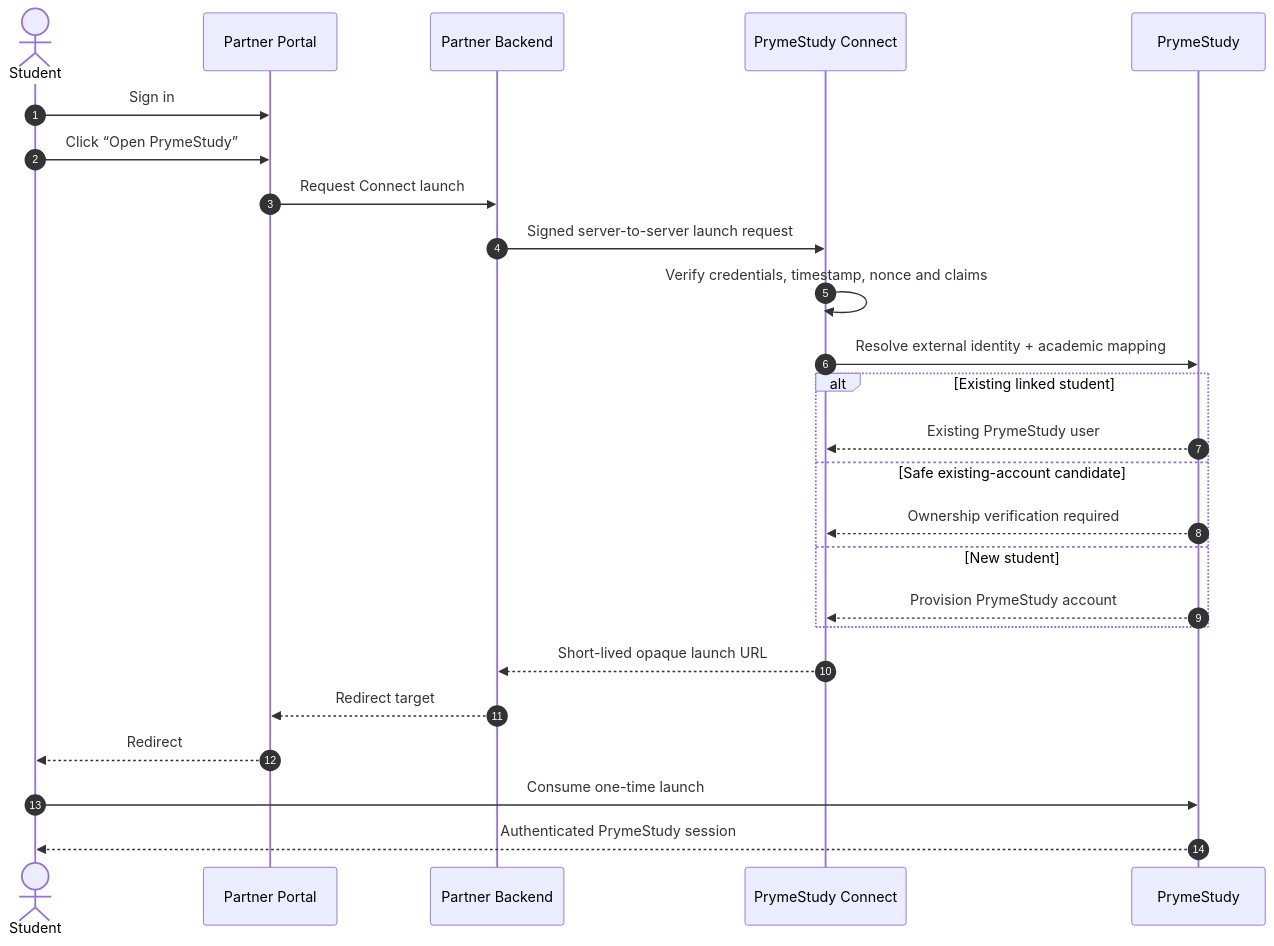
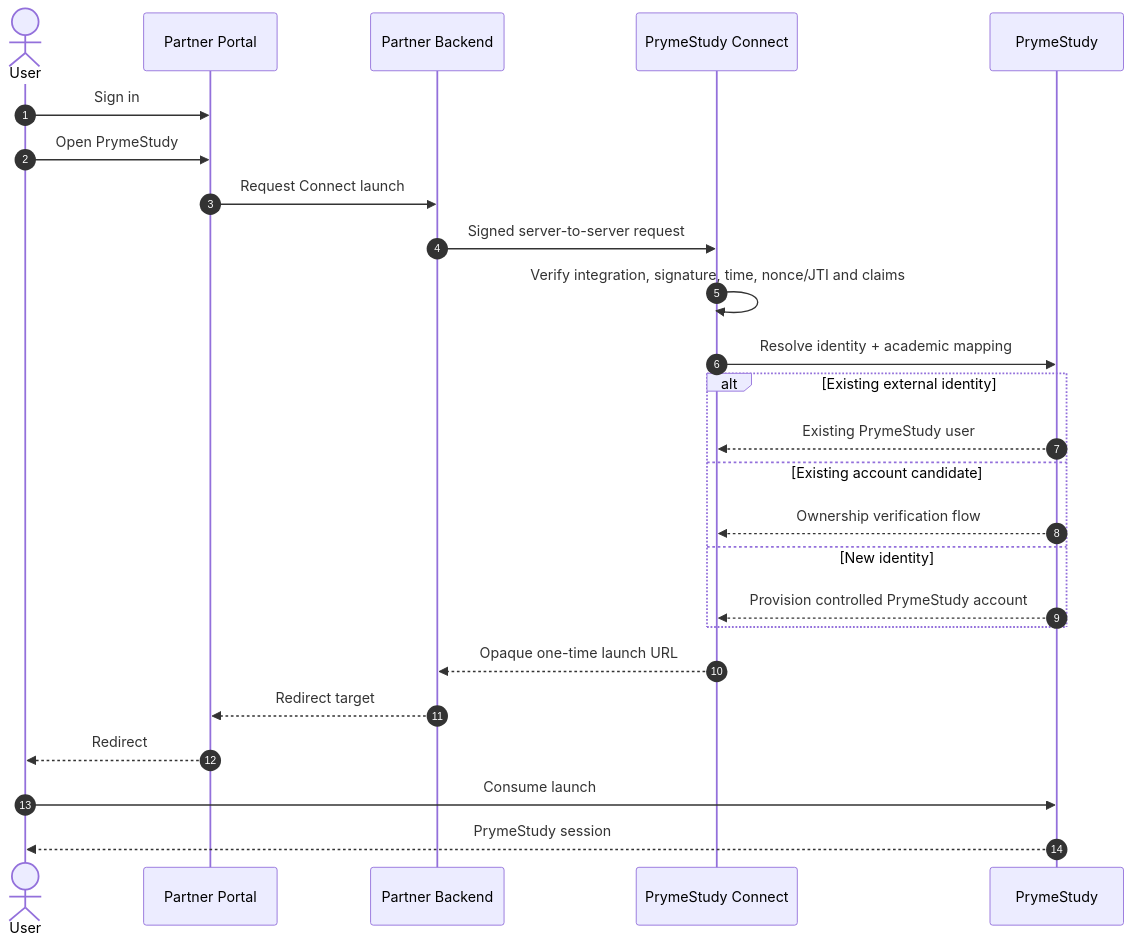
The diagram in README.md (lerionjakenwauda/prymestudy-connect), drawn with Mermaid before and after one commit. The commit also changed other lines of this file, not shown here.

Commit message:
docs: position PrymeStudy Connect as enterprise integration platform

````diff
--- a/README.md
+++ b/README.md
@@ -79,30 +151,30 @@
 ```mermaid
 sequenceDiagram
     autonumber
-    actor Student
-    participant Partner as Partner Portal
+    actor User
+    participant Portal as Partner Portal
     participant Backend as Partner Backend
     participant Connect as PrymeStudy Connect
-    participant PrymeStudy as PrymeStudy
+    participant Platform as PrymeStudy
 
-    Student->>Partner: Sign in
-    Student->>Partner: Click “Open PrymeStudy”
-    Partner->>Backend: Request Connect launch
-    Backend->>Connect: Signed server-to-server launch request
-    Connect->>Connect: Verify credentials, timestamp, nonce and claims
-    Connect->>PrymeStudy: Resolve external identity + academic mapping
+    User->>Portal: Sign in
+    User->>Portal: Open PrymeStudy
+    Portal->>Backend: Request Connect launch
+    Backend->>Connect: Signed server-to-server request
+    Connect->>Connect: Verify integration, signature, time, nonce/JTI and claims
+    Connect->>Platform: Resolve identity + academic mapping
 
-    alt Existing linked student
-        PrymeStudy-->>Connect: Existing PrymeStudy user
-    else Safe existing-account candidate
-        PrymeStudy-->>Connect: Ownership verification required
-    else New student
-        PrymeStudy-->>Connect: Provision PrymeStudy account
+    alt Existing external identity
+        Platform-->>Connect: Existing PrymeStudy user
+    else Existing account candidate
+        Platform-->>Connect: Ownership verification flow
+    else New identity
+        Platform-->>Connect: Provision controlled PrymeStudy account
     end
 
-    Connect-->>Backend: Short-lived opaque launch URL
-    Backend-->>Partner: Redirect target
-    Partner-->>Student: Redirect
-    Student->>PrymeStudy: Consume one-time launch
-    PrymeStudy-->>Student: Authenticated PrymeStudy session
+    Connect-->>Backend: Opaque one-time launch URL
+    Backend-->>Portal: Redirect target
+    Portal-->>User: Redirect
+    User->>Platform: Consume launch
+    Platform-->>User: PrymeStudy session
 ```
````
